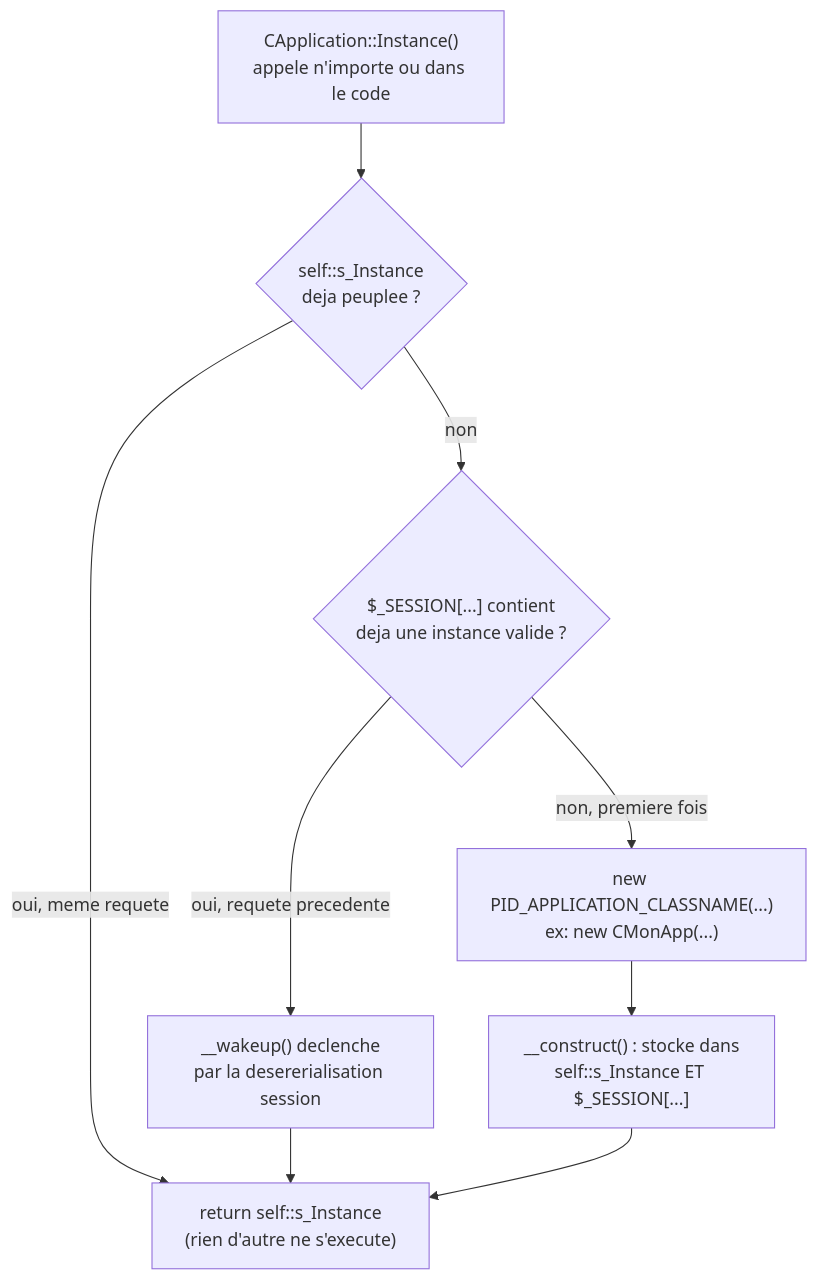
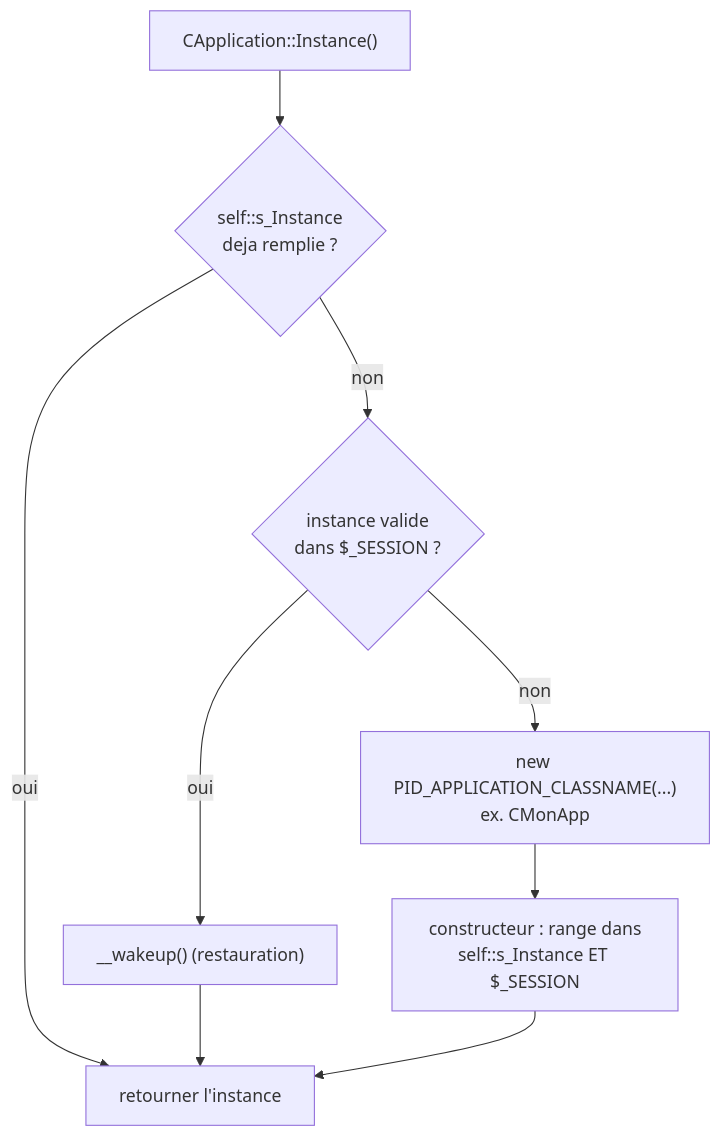
One commit to ernesthdj/PID changed the diagram in docs/academique/CApplication, CMonApp et CPage — Singleton applicatif et charset.md. Above: the diagram before and after it, drawn with Mermaid. The commit also changed other lines of this file and 27 other files, not shown here.

````diff
--- a/docs/academique/CApplication, CMonApp et CPage — Singleton applicatif et charset.md
+++ b/docs/academique/CApplication, CMonApp et CPage — Singleton applicatif et charset.md
@@ -92,11 +20,11 @@
 ```mermaid
 flowchart TD
-    Call["CApplication::Instance()<br/>appele n'importe ou dans le code"] --> S1{"self::s_Instance<br/>deja peuplee ?"}
-    S1 -- oui, meme requete --> Return["return self::s_Instance<br/>(rien d'autre ne s'execute)"]
-    S1 -- non --> S2{"$_SESSION[...] contient<br/>deja une instance valide ?"}
-    S2 -- oui, requete precedente --> Wake["__wakeup() declenche<br/>par la desererialisation session"]
-    Wake --> Return
-    S2 -- non, premiere fois --> Create["new PID_APPLICATION_CLASSNAME(...)<br/>ex: new CMonApp(...)"]
-    Create --> Ctor["__construct() : stocke dans<br/>self::s_Instance ET $_SESSION[...]"]
-    Ctor --> Return
+    Call["CApplication::Instance()"] --> S1{"self::s_Instance<br/>deja remplie ?"}
+    S1 -- oui --> Ret["retourner l'instance"]
+    S1 -- non --> S2{"instance valide<br/>dans $_SESSION ?"}
+    S2 -- oui --> Wake["__wakeup() (restauration)"]
+    Wake --> Ret
+    S2 -- non --> Create["new PID_APPLICATION_CLASSNAME(...)<br/>ex. CMonApp"]
+    Create --> Reg["constructeur : range dans<br/>self::s_Instance ET $_SESSION"]
+    Reg --> Ret
 ```
````
